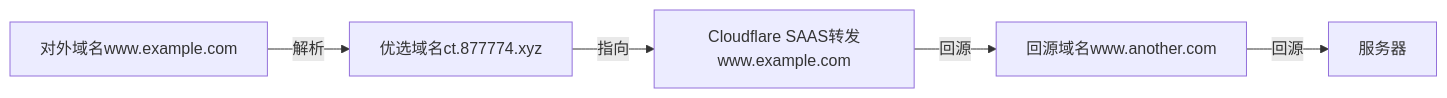
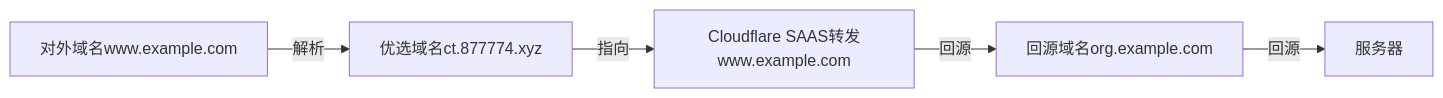
One commit to PIKACHUIM/ArticlesSave changed the fourth of 4 diagrams in src/content/blog/cloudflare-best-node.md. Above: the diagram before and after it, drawn with Mermaid. The commit also changed other lines of this file, not shown here.

````diff
--- a/src/content/blog/cloudflare-best-node.md
+++ b/src/content/blog/cloudflare-best-node.md
@@ -130,7 +130,7 @@
 ```mermaid
 graph LR
 A[对外域名www.example.com] --> |解析| B[优选域名ct.877774.xyz]
 B -->|指向| C[Cloudflare SAAS转发www.example.com] 
-C -->|回源| D[回源域名www.another.com]
+C -->|回源| D[回源域名org.example.com]
 D -->|回源| E[服务器]
 ```
````
